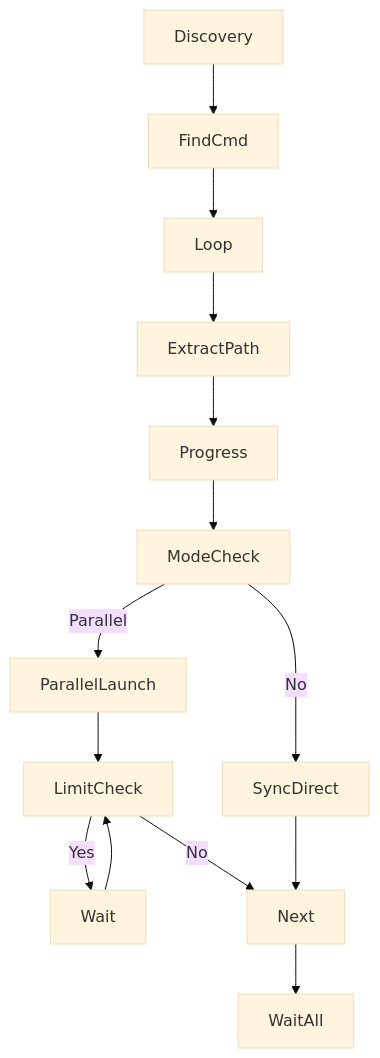
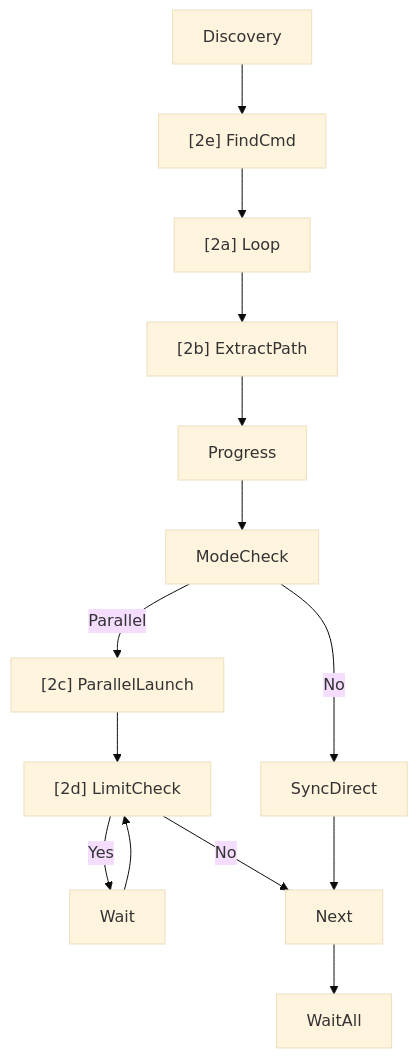
The second of 5 diagrams in git_repomgr/git_autosync_CHARTS.md (mshedsilegx/devops), drawn with Mermaid (base theme) before and after one commit. The commit also changed other lines of this file and 1 other file, not shown here.

````diff
--- a/git_repomgr/git_autosync_CHARTS.md
+++ b/git_repomgr/git_autosync_CHARTS.md
@@ -35,16 +35,16 @@
 ```mermaid
 graph TD
-Discovery --> FindCmd
-FindCmd --> Loop
-Loop --> ExtractPath
+Discovery --> FindCmd["[2e] FindCmd"]
+FindCmd --> Loop["[2a] Loop"]
+Loop --> ExtractPath["[2b] ExtractPath"]
 ExtractPath --> Progress
 Progress --> ModeCheck
-ModeCheck -- Parallel --> ParallelLaunch
-ParallelLaunch --> LimitCheck
+ModeCheck -- Parallel --> ParallelLaunch["[2c] ParallelLaunch"]
+ParallelLaunch --> LimitCheck["[2d] LimitCheck"]
 LimitCheck -- Yes --> Wait
 Wait --> LimitCheck
 LimitCheck -- No --> Next
 ModeCheck -- No --> SyncDirect
 SyncDirect --> Next
 Next --> WaitAll
 ```
````
